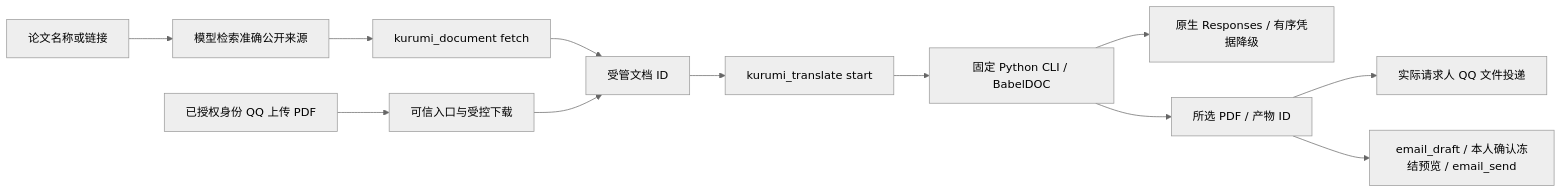
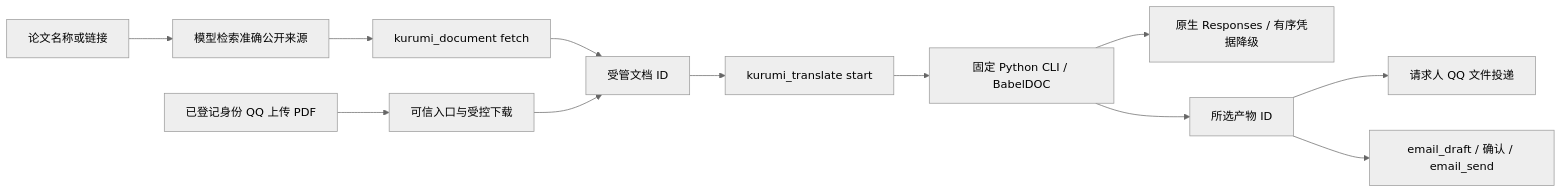
One commit to zsh-afrangry/MyBot changed the diagram in docs/22_论文PDF翻译与文件投递.md. Above: the diagram before and after it, drawn with Mermaid (neutral theme). The commit also changed other lines of this file and 38 other files, not shown here.

````diff
--- a/docs/22_论文PDF翻译与文件投递.md
+++ b/docs/22_论文PDF翻译与文件投递.md
@@ -60,14 +90,10 @@
 ```mermaid
 flowchart LR
-    A[论文名称或链接] --> B[模型检索准确公开来源]
-    B --> C[kurumi_document fetch]
-    D[已授权身份 QQ 上传 PDF] --> E[可信入口与受控下载]
-    C --> F[受管文档 ID]
-    E --> F
-    F --> G[kurumi_translate start]
-    G --> H[固定 Python CLI / BabelDOC]
+    A[论文名称或链接] --> B[模型检索准确公开来源] --> C[kurumi_document fetch] --> F[受管文档 ID]
+    D[已登记身份 QQ 上传 PDF] --> E[可信入口与受控下载] --> F
+    F --> G[kurumi_translate start] --> H[固定 Python CLI / BabelDOC]
     H --> I[原生 Responses / 有序凭据降级]
-    H --> J[所选 PDF / 产物 ID]
-    J --> K[实际请求人 QQ 文件投递]
-    J --> L[email_draft / 本人确认冻结预览 / email_send]
+    H --> J[所选产物 ID]
+    J --> K[请求人 QQ 文件投递]
+    J --> L[email_draft / 确认 / email_send]
 ```
````
